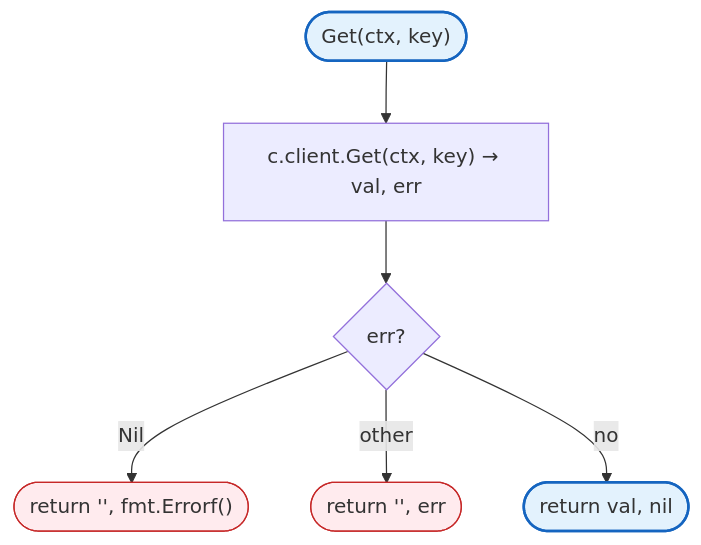
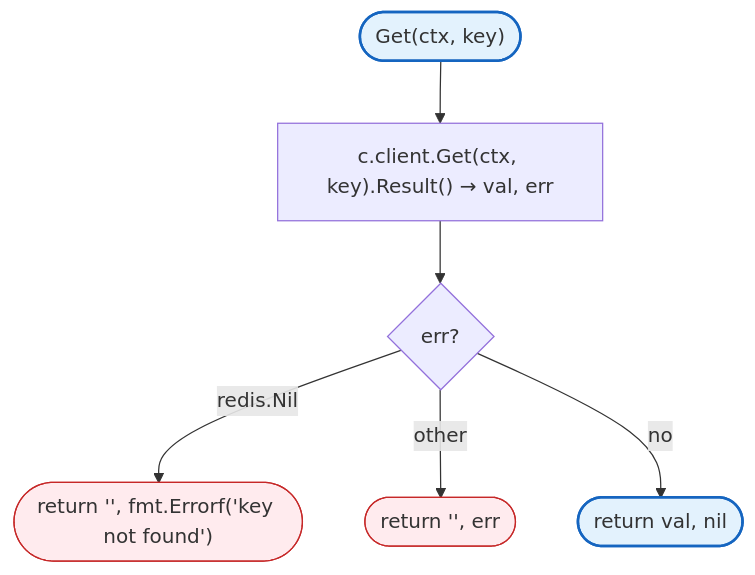
Before and after one commit to radch-ai/ava: the fourth of 10 diagrams in docs/internal/server/README.md, drawn with Mermaid. The commit also changed other lines of this file, not shown here.

````diff
--- a/docs/internal/server/README.md
+++ b/docs/internal/server/README.md
@@ -300,14 +173,14 @@
 ```mermaid
 flowchart TB
-    Start(["Get(ctx, key)"]) --> ClientGet["c.client.Get(ctx, key) → val, err"]
+    Start(["Get(ctx, key)"]) --> ClientGet["c.client.Get(ctx, key).Result() → val, err"]
     ClientGet --> CheckError{err?}
-    CheckError -->|Nil| ReturnNotFound(["return '', fmt.Errorf()"])
+    CheckError -->|redis.Nil| ReturnNotFound(["return '', fmt.Errorf('key not found')"])
     CheckError -->|other| ReturnErr(["return '', err"])
     CheckError -->|no| ReturnVal(["return val, nil"])
 
     classDef mainFn fill:#e3f2fd,stroke:#1565c0,stroke-width:2px
     classDef errorFlow fill:#ffebee,stroke:#c62828,stroke-width:1px
 
     class Start,ReturnVal mainFn
     class ReturnNotFound,ReturnErr errorFlow
 ```
````
